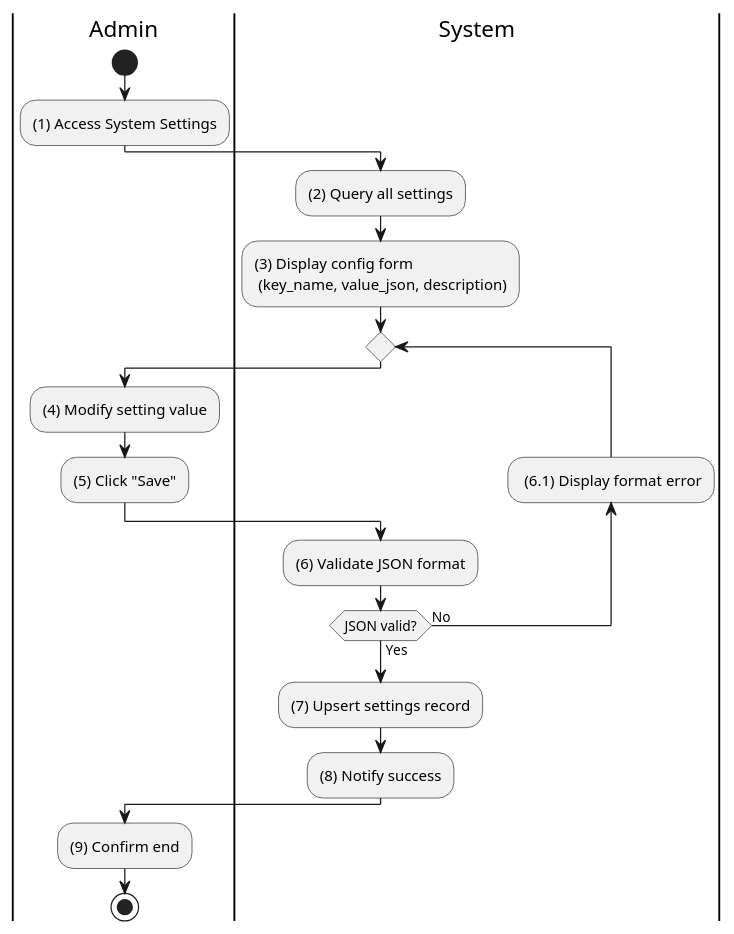
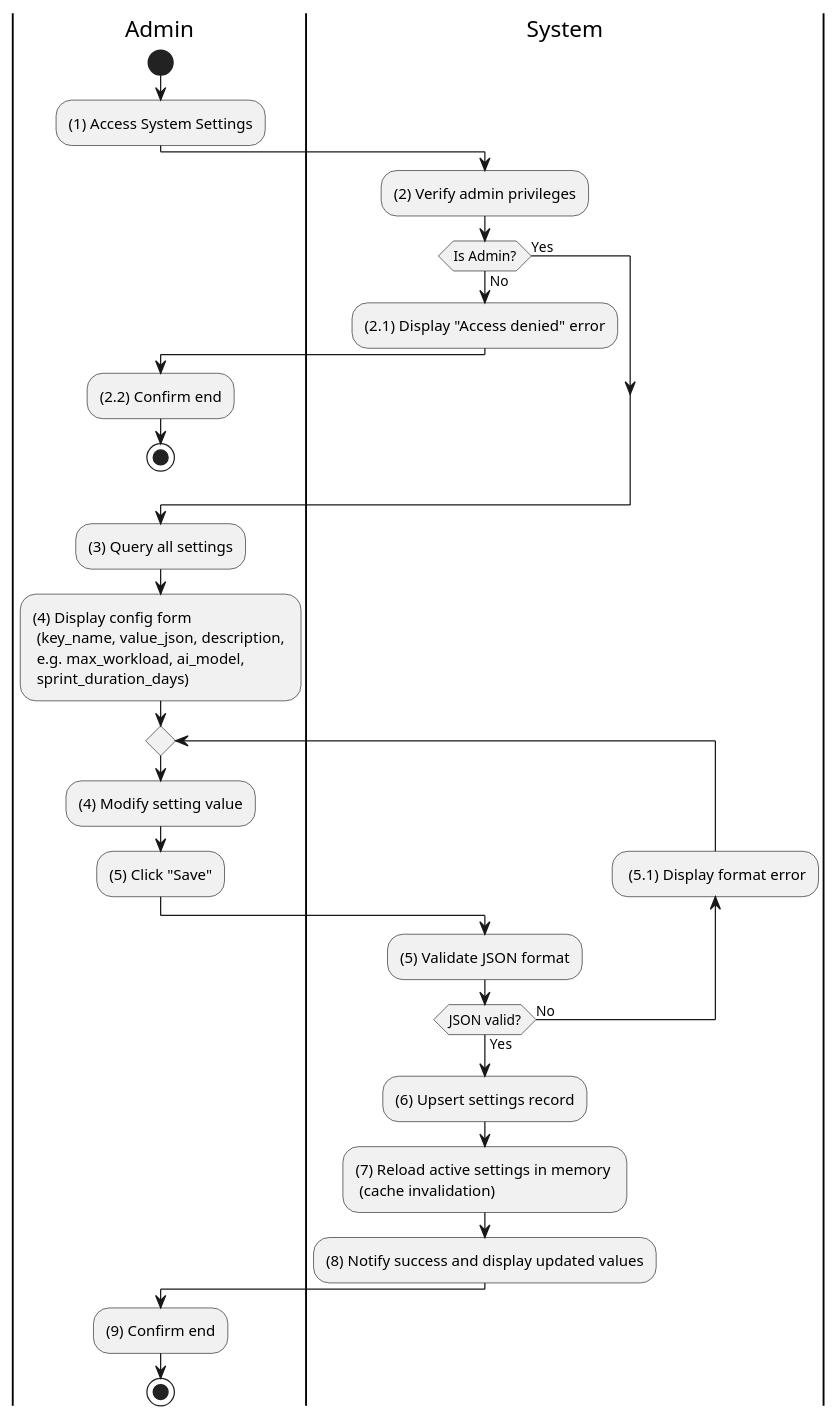
The diagram in docs/docs/activity/admin/configure-system-parameters.md (taskpilot-platform/taskpilot-platform.github.io), drawn with PlantUML before and after one commit. The commit also changed 17 other files, not shown here.

````diff
--- a/docs/docs/activity/admin/configure-system-parameters.md
+++ b/docs/docs/activity/admin/configure-system-parameters.md
@@ -3,32 +3,43 @@
 ```plantuml
 @startuml
 |A|Admin
 |S|System
 
 |A|
 start
 :(1) Access System Settings;
 
 |S|
-:(2) Query all settings;
-:(3) Display config form \n (key_name, value_json, description);
+:(2) Verify admin privileges;
+
+if (Is Admin?) then (No)
+  :(2.1) Display "Access denied" error;
+  |A|
+  :(2.2) Confirm end;
+  stop
+else (Yes)
+endif
+
+:(3) Query all settings;
+:(4) Display config form \n (key_name, value_json, description, \n e.g. max_workload, ai_model, \n sprint_duration_days);
 
 repeat
   |A|
   :(4) Modify setting value;
   :(5) Click "Save";
 
   |S|
-  :(6) Validate JSON format;
-  backward: (6.1) Display format error;
+  :(5) Validate JSON format;
+  backward: (5.1) Display format error;
 repeat while (JSON valid?) is (No) not (Yes)
 
-:(7) Upsert settings record;
-:(8) Notify success;
+:(6) Upsert settings record;
+:(7) Reload active settings in memory \n (cache invalidation);
+:(8) Notify success and display updated values;
 
 |A|
 :(9) Confirm end;
 
 stop
 @enduml
 ```
````
